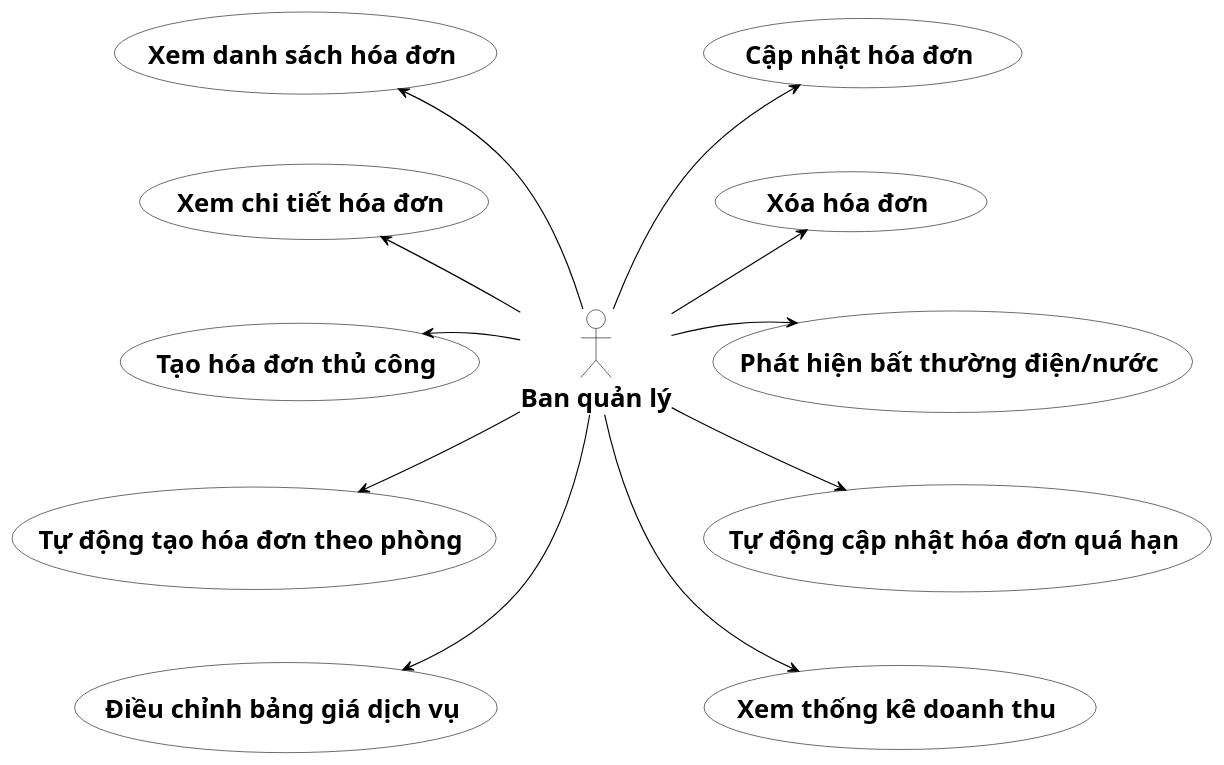
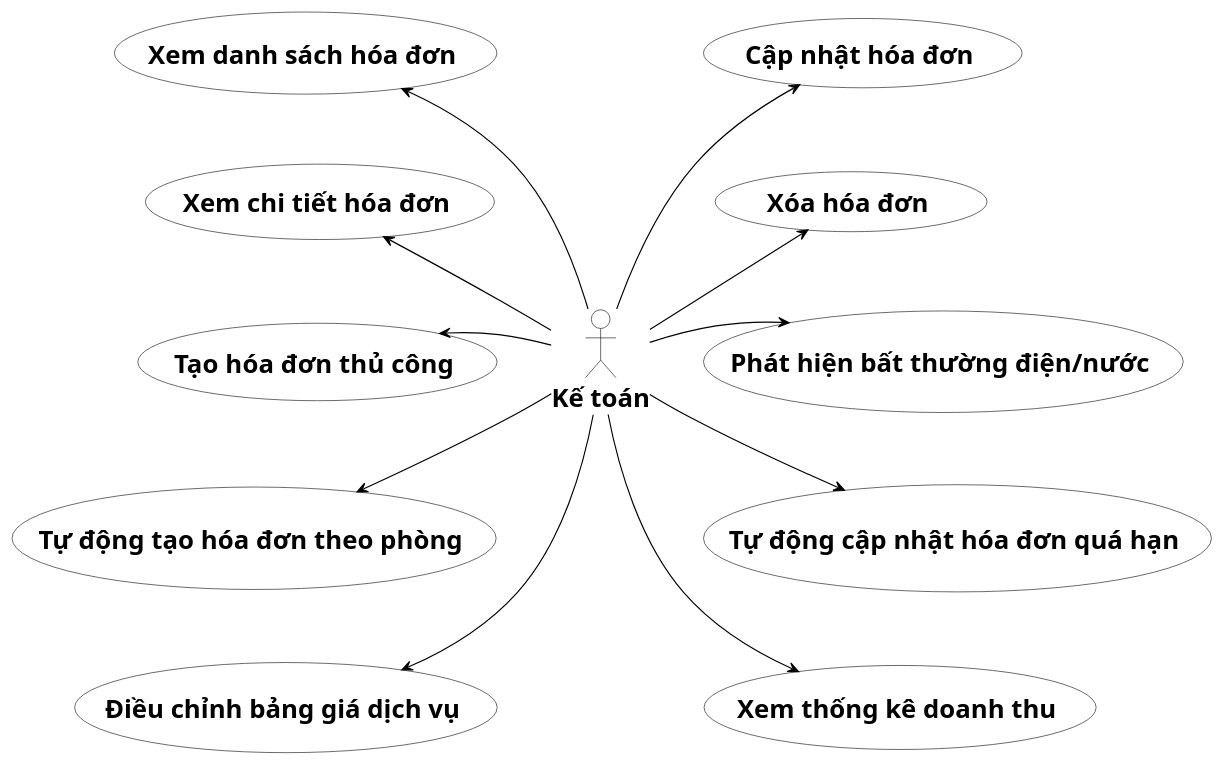
Before and after one commit to s0nbuildtech287/dormitory-frontend: the diagram in diagrams/usecase_phanra/uc_hoadon.puml, drawn with PlantUML. The commit also changed 5 other files, not shown here.

```diff
--- a/diagrams/usecase_phanra/uc_hoadon.puml
+++ b/diagrams/usecase_phanra/uc_hoadon.puml
@@ -1,62 +1,62 @@
 @startuml
 skinparam defaultFontSize 22
 skinparam defaultFontName "Times New Roman"
 skinparam usecase {
   BackgroundColor White
   BorderColor Black
 }
 skinparam actor {
   BackgroundColor White
   BorderColor Black
 }
 skinparam ArrowColor Black
 skinparam ArrowThickness 1
 skinparam shadowing false
 
-actor "<b>Ban quản lý</b>" as Admin
+actor "<b>Kế toán</b>" as Admin
 
 together {
   usecase "<b>Xem danh sách hóa đơn</b>" as UC1
   usecase "<b>Xem chi tiết hóa đơn</b>" as UC2
   usecase "<b>Tạo hóa đơn thủ công</b>" as UC3
   usecase "<b>Tự động tạo hóa đơn theo phòng</b>" as UC4
   usecase "<b>Điều chỉnh bảng giá dịch vụ</b>" as UC9
 }
 
 together {
   usecase "<b>Cập nhật hóa đơn</b>" as UC5
   usecase "<b>Xóa hóa đơn</b>" as UC6
   usecase "<b>Phát hiện bất thường điện/nước</b>" as UC7
   usecase "<b>Tự động cập nhật hóa đơn quá hạn</b>" as UC8
   usecase "<b>Xem thống kê doanh thu</b>" as UC10
 }
 
 UC1 -[hidden]-> UC2
 UC2 -[hidden]-> UC3
 UC3 -[hidden]-> UC4
 UC4 -[hidden]-> UC9
 
 UC5 -[hidden]-> UC6
 UC6 -[hidden]-> UC7
 UC7 -[hidden]-> UC8
 UC8 -[hidden]-> UC10
 
 UC1 -[hidden]right-> UC5
 UC2 -[hidden]right-> UC6
 UC3 -[hidden]right-> Admin
 Admin -[hidden]right-> UC7
 UC4 -[hidden]right-> UC8
 UC9 -[hidden]right-> UC10
 
 UC1 <-- Admin
 UC2 <-- Admin
 UC3 <-- Admin
 Admin --> UC4
 Admin --> UC9
 
 UC5 <-- Admin
 UC6 <-- Admin
 Admin --> UC7
 Admin --> UC8
 Admin --> UC10
 @enduml
```
